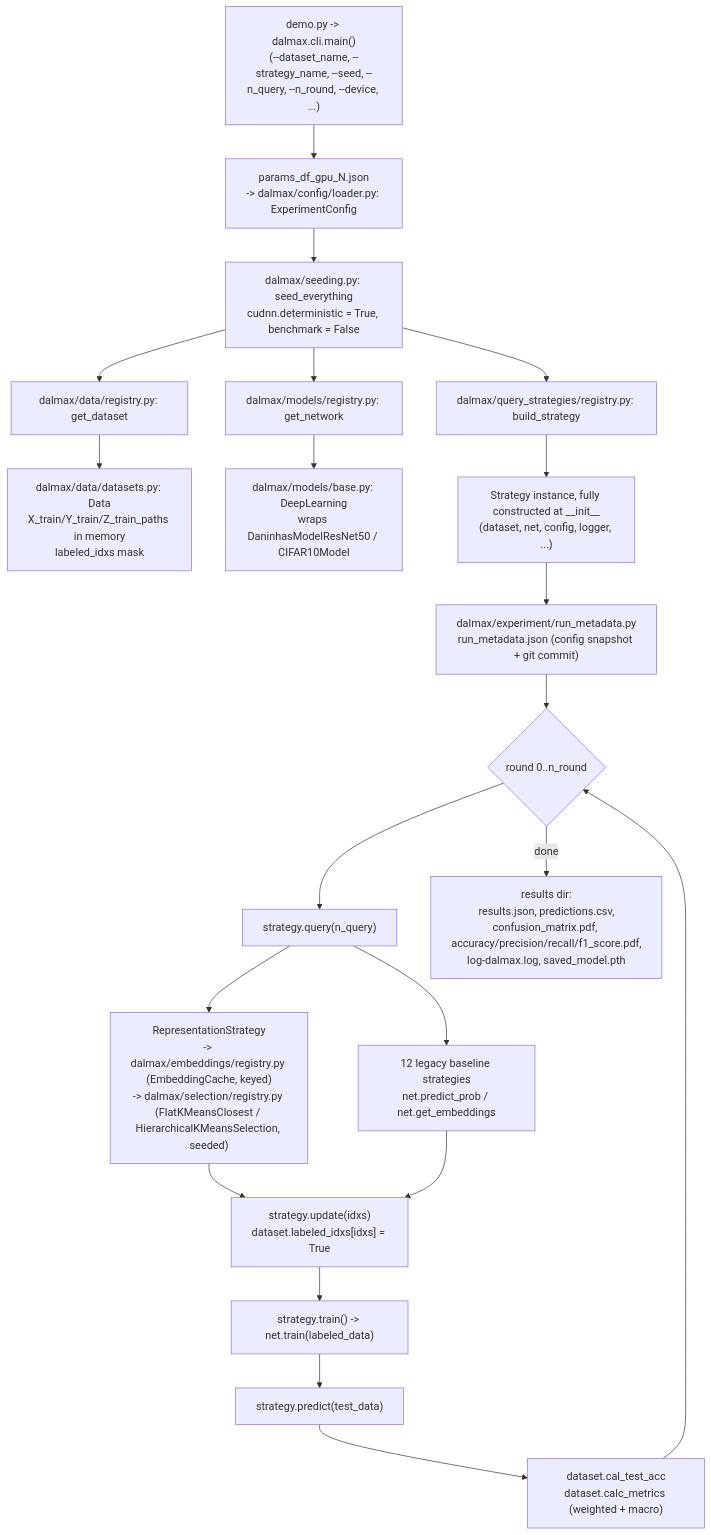
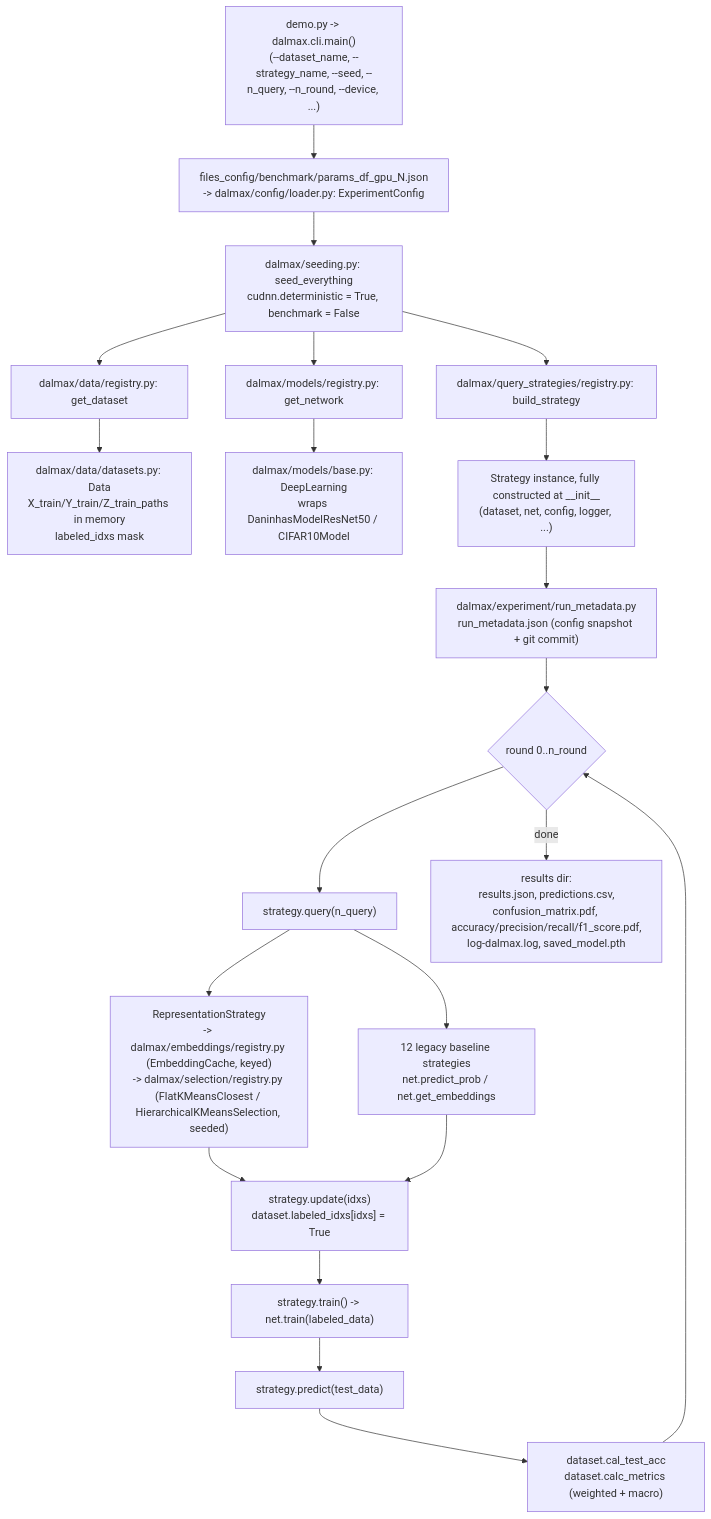
The diagram in .specs/architecture/current-state.md (MarioCarvalhoBr/dalmax-framework-deep-active-learning-python), drawn with Mermaid before and after one commit. The commit also changed other lines of this file and 38 other files, not shown here.

First line of the commit message:
refactor(scripts): move benchmark scripts/params under scripts/benchmark and files_config/benchmark

````diff
--- a/.specs/architecture/current-state.md
+++ b/.specs/architecture/current-state.md
@@ -65,35 +65,35 @@
 ```mermaid
 flowchart TD
     CLI["demo.py -> dalmax.cli.main()\n(--dataset_name, --strategy_name, --seed, --n_query, --n_round, --device, ...)"]
-    PARAMS["params_df_gpu_N.json\n-> dalmax/config/loader.py: ExperimentConfig"]
+    PARAMS["files_config/benchmark/params_df_gpu_N.json\n-> dalmax/config/loader.py: ExperimentConfig"]
     SEED["dalmax/seeding.py: seed_everything\ncudnn.deterministic = True, benchmark = False"]
     DATAREG["dalmax/data/registry.py: get_dataset"]
     MODELREG["dalmax/models/registry.py: get_network"]
     STRATREG["dalmax/query_strategies/registry.py: build_strategy"]
     DATA["dalmax/data/datasets.py: Data\nX_train/Y_train/Z_train_paths in memory\nlabeled_idxs mask"]
     NET["dalmax/models/base.py: DeepLearning\nwraps DaninhasModelResNet50 / CIFAR10Model"]
     STRAT["Strategy instance, fully constructed at __init__\n(dataset, net, config, logger, ...)"]
     LOOP{"round 0..n_round"}
     QUERY["strategy.query(n_query)"]
     REPR["RepresentationStrategy\n-> dalmax/embeddings/registry.py (EmbeddingCache, keyed)\n-> dalmax/selection/registry.py (FlatKMeansClosest / HierarchicalKMeansSelection, seeded)"]
     OTHER["12 legacy baseline strategies\nnet.predict_prob / net.get_embeddings"]
     UPDATE["strategy.update(idxs)\ndataset.labeled_idxs[idxs] = True"]
     TRAIN["strategy.train() -> net.train(labeled_data)"]
     PREDICT["strategy.predict(test_data)"]
     METRICS["dataset.cal_test_acc\ndataset.calc_metrics (weighted + macro)"]
     RUNMETA["dalmax/experiment/run_metadata.py\nrun_metadata.json (config snapshot + git commit)"]
     RESULTS["results dir:\nresults.json, predictions.csv,\nconfusion_matrix.pdf, accuracy/precision/recall/f1_score.pdf,\nlog-dalmax.log, saved_model.pth"]
 
     CLI --> PARAMS --> SEED
     SEED --> DATAREG --> DATA
     SEED --> MODELREG --> NET
     SEED --> STRATREG --> STRAT
     STRAT --> RUNMETA --> LOOP
     LOOP --> QUERY
     QUERY --> REPR
     QUERY --> OTHER
     REPR --> UPDATE
     OTHER --> UPDATE
     UPDATE --> TRAIN --> PREDICT --> METRICS --> LOOP
     LOOP -->|done| RESULTS
 ```
````
